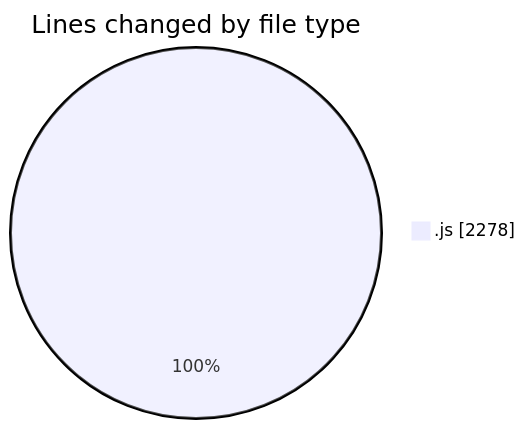
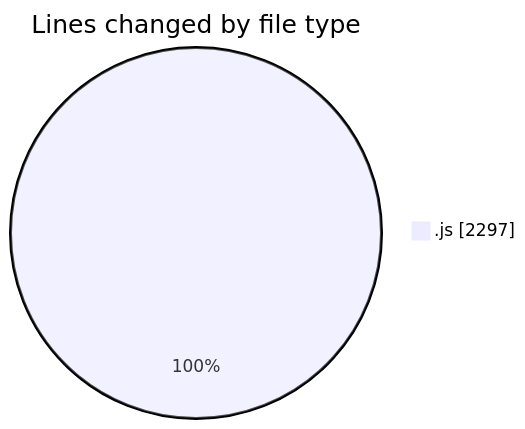
Before and after one commit to nxtqubesakshisongat/code-tracking: the first of 2 diagrams in 2025-09-26/nxtqube_webapp/README.md, drawn with Mermaid. The commit also changed other lines of this file and 1 other file, not shown here.

````diff
--- a/2025-09-26/nxtqube_webapp/README.md
+++ b/2025-09-26/nxtqube_webapp/README.md
@@ -21,5 +21,5 @@
 ```mermaid
 pie showData
 title Lines changed by file type
-".js" : 2278
+".js" : 2297
 ```
````
